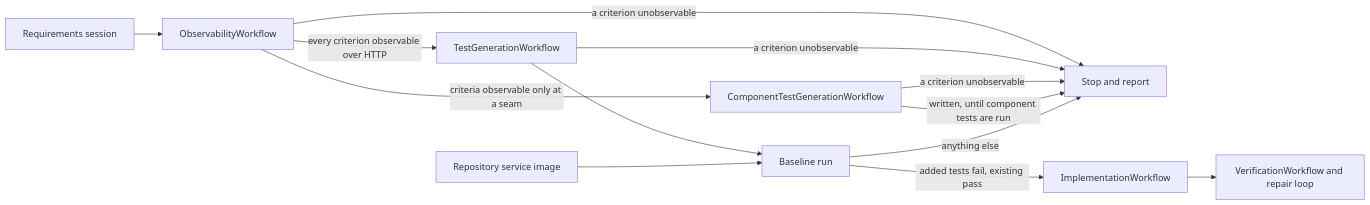
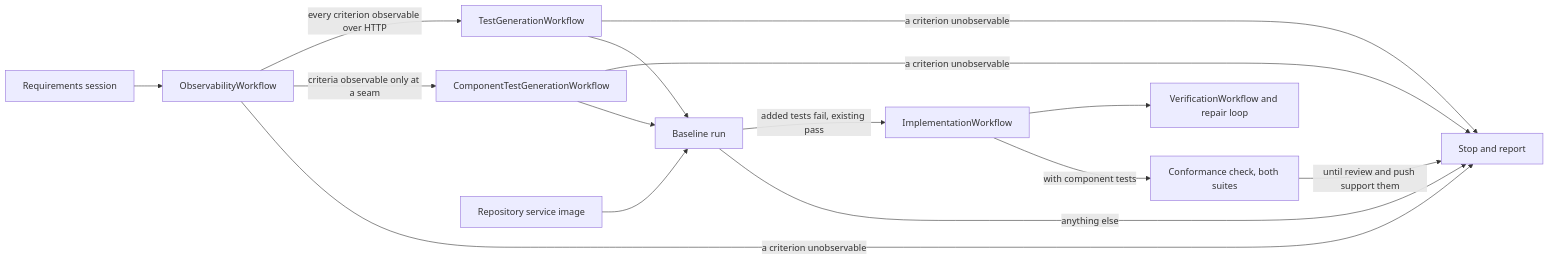
Before and after one commit to zikasak/temporal-SDLC: the third of 4 diagrams in docs/service-implementation.md, drawn with Mermaid. The commit also changed other lines of this file and 11 other files, not shown here.

First line of the commit message:
Run component tests in baseline and change verification

````diff
--- a/docs/service-implementation.md
+++ b/docs/service-implementation.md
@@ -476,15 +476,17 @@
 ```mermaid
 flowchart LR
     brief[Requirements session] --> routing[ObservabilityWorkflow]
     routing -- every criterion observable over HTTP --> tests[TestGenerationWorkflow]
     routing -- criteria observable only at a seam --> components[ComponentTestGenerationWorkflow]
     routing -- a criterion unobservable --> stop
     tests -- a criterion unobservable --> stop
     components -- a criterion unobservable --> stop
-    components -- written, until component tests are run --> stop
     tests --> baseline[Baseline run]
+    components --> baseline
     repository[Repository service image] --> baseline
     baseline -- added tests fail, existing pass --> fix[ImplementationWorkflow]
     baseline -- anything else --> stop[Stop and report]
     fix --> verification[VerificationWorkflow and repair loop]
+    fix -- with component tests --> conformance[Conformance check, both suites]
+    conformance -- until review and push support them --> stop
 ```
````
